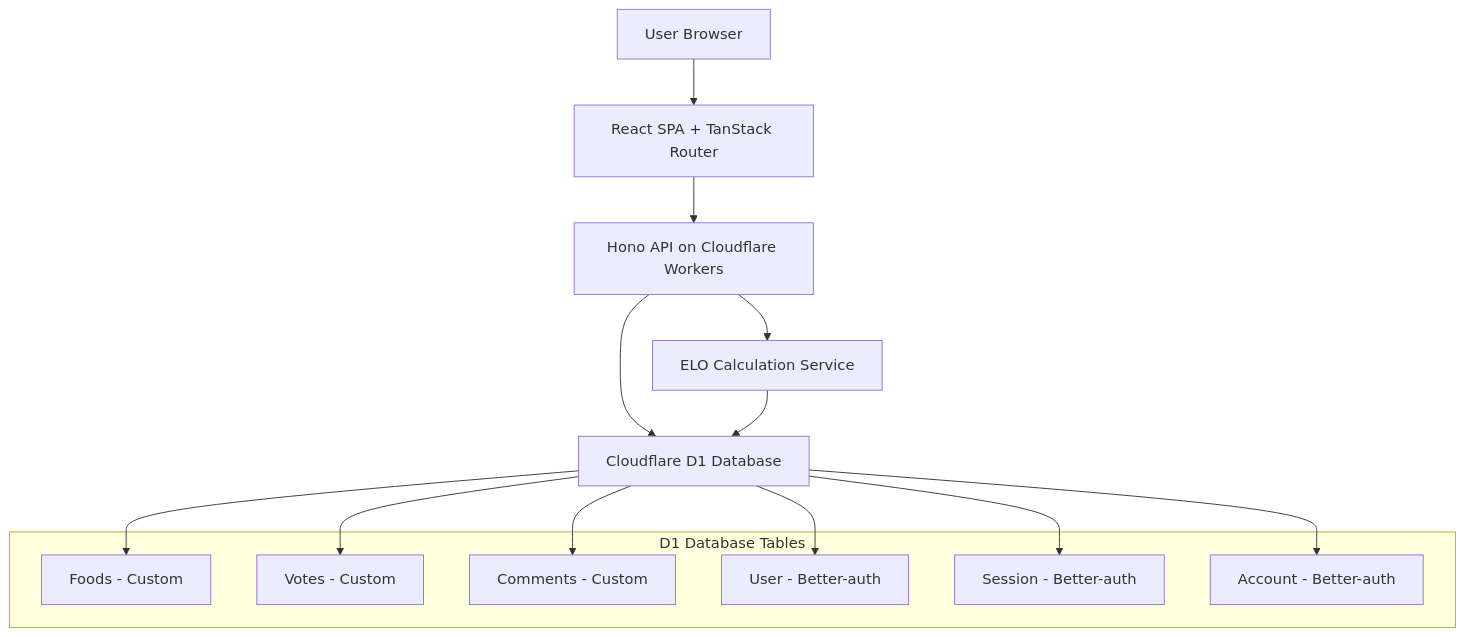
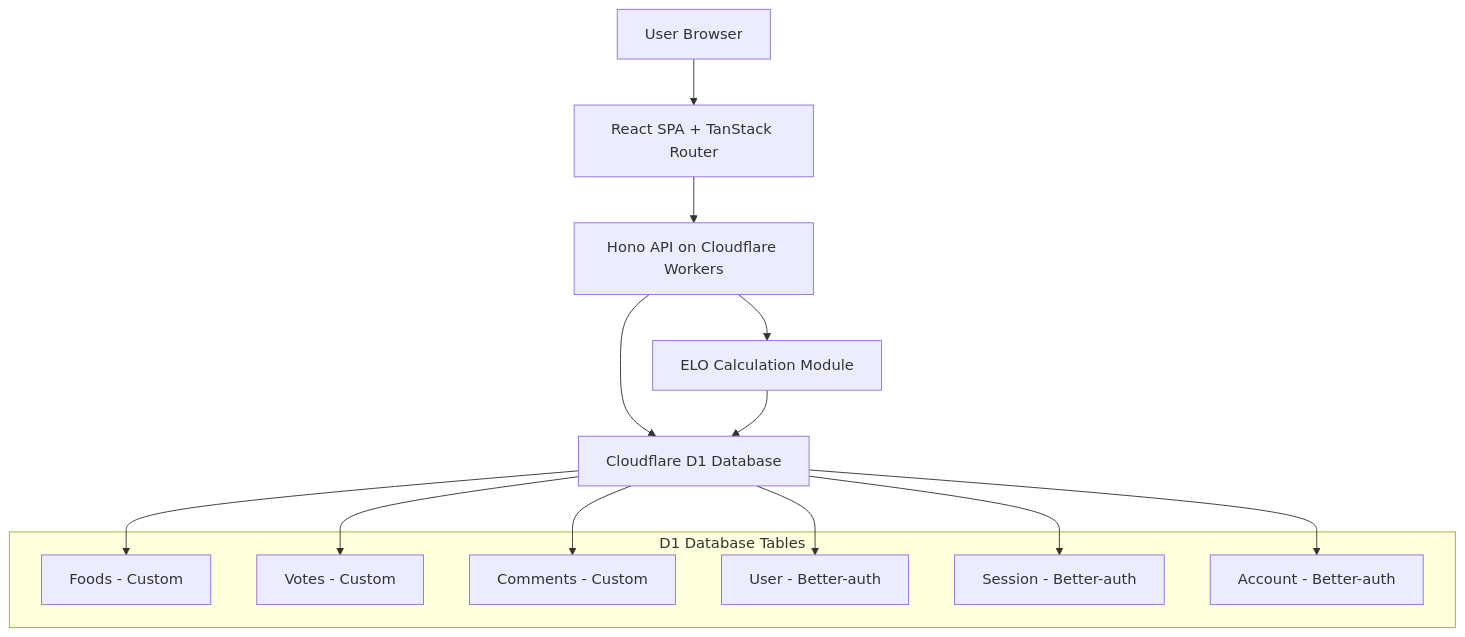
One commit to yeoularu/korean-food-arena changed the diagram in .kiro/specs/korean-food-elo-ranking/design.md. Above: the diagram before and after it, drawn with Mermaid. The commit also changed other lines of this file and 28 other files, not shown here.

````diff
--- a/.kiro/specs/korean-food-elo-ranking/design.md
+++ b/.kiro/specs/korean-food-elo-ranking/design.md
@@ -19,24 +19,24 @@
 ```mermaid
 graph TB
     A[User Browser] --> B[React SPA + TanStack Router]
     B --> C[Hono API on Cloudflare Workers]
     C --> D[Cloudflare D1 Database]
-    C --> E[ELO Calculation Service]
+    C --> E[ELO Calculation Module]
     E --> D
 
     subgraph "D1 Database Tables"
         F[Foods - Custom]
         G[Votes - Custom]
         H[Comments - Custom]
         I[User - Better-auth]
         J[Session - Better-auth]
         K[Account - Better-auth]
     end
 
     D --> F
     D --> G
     D --> H
     D --> I
     D --> J
     D --> K
 ```
````
